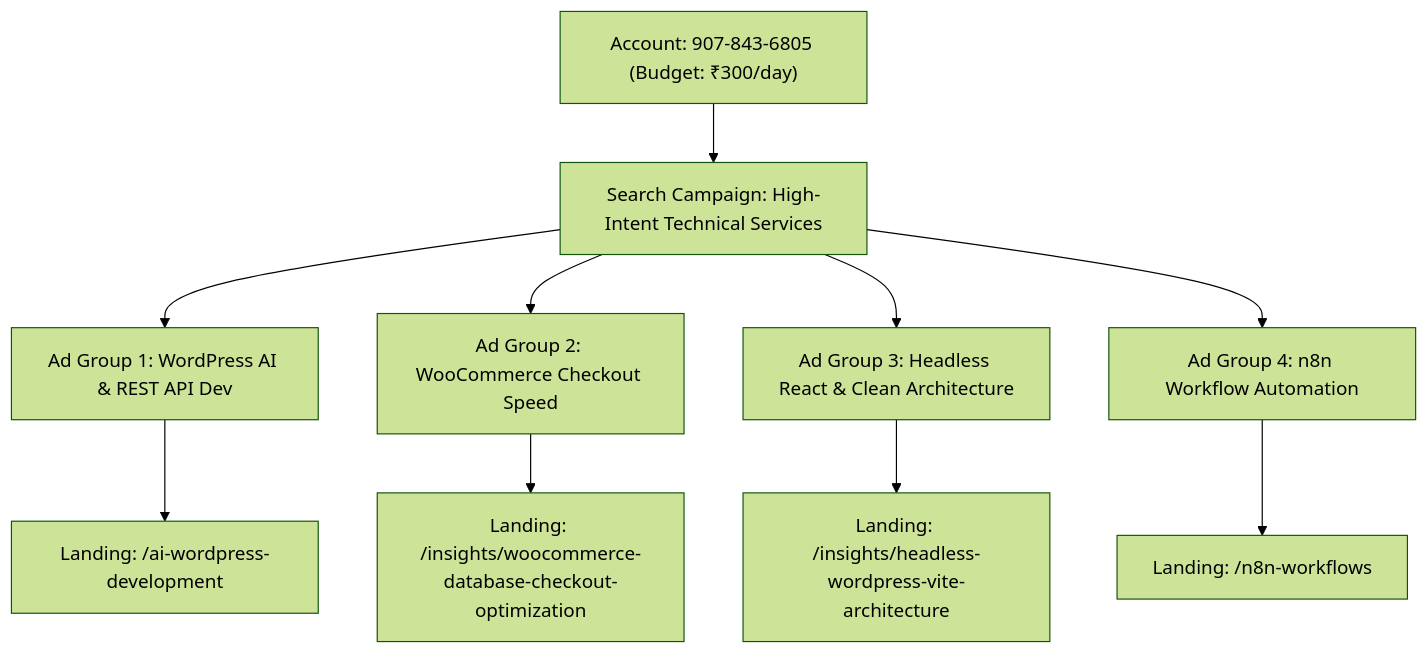
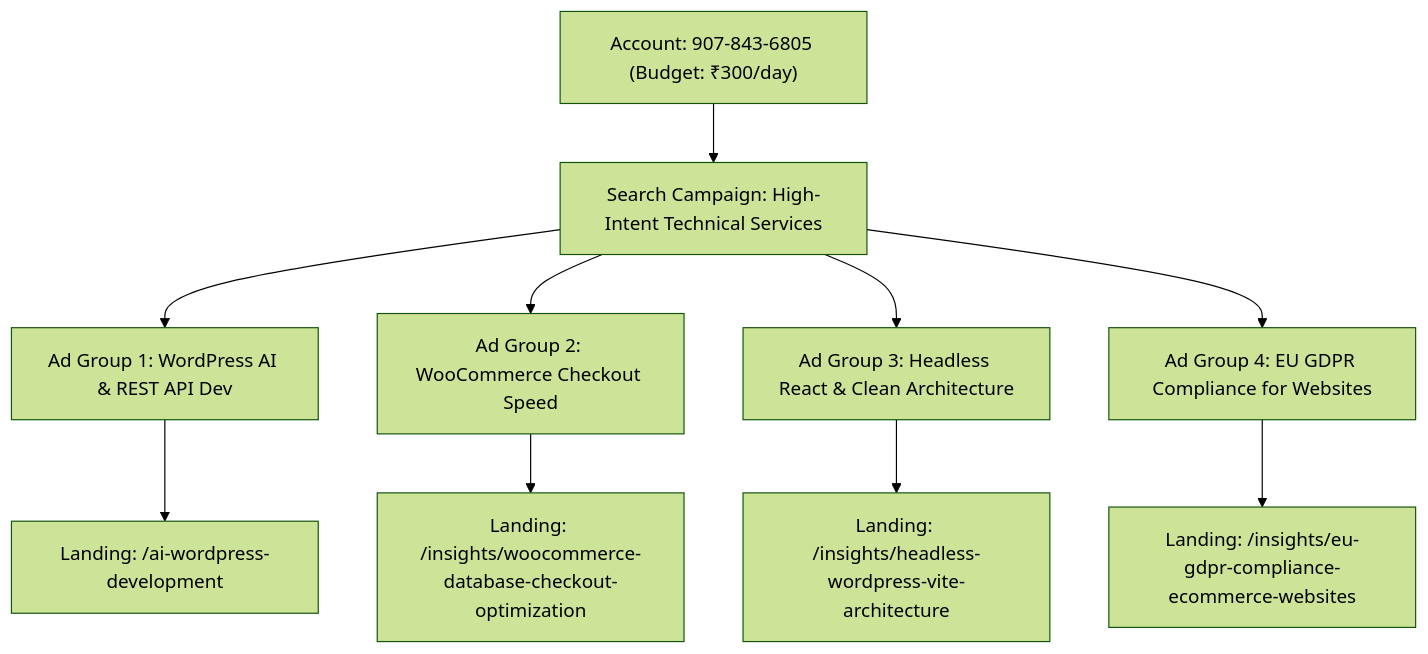
One commit to ssr85/ssr85 changed the diagram in docs/ads/account-9078436805-config.md. Above: the diagram before and after it, drawn with Mermaid (forest theme). The commit also changed other lines of this file and 2 other files, not shown here.

Commit message:
docs(ads): update ad group 4 documentation from n8n to EU GDPR compliance

````diff
--- a/docs/ads/account-9078436805-config.md
+++ b/docs/ads/account-9078436805-config.md
@@ -13,14 +13,14 @@
 ```mermaid
 graph TD
     Account["Account: 907-843-6805 (Budget: ₹300/day)"] --> C1[Search Campaign: High-Intent Technical Services]
     
     C1 --> AG1["Ad Group 1: WordPress AI & REST API Dev"]
     C1 --> AG2["Ad Group 2: WooCommerce Checkout Speed"]
     C1 --> AG3["Ad Group 3: Headless React & Clean Architecture"]
-    C1 --> AG4["Ad Group 4: n8n Workflow Automation"]
+    C1 --> AG4["Ad Group 4: EU GDPR Compliance for Websites"]
 
     AG1 --> L1["Landing: /ai-wordpress-development"]
     AG2 --> L2["Landing: /insights/woocommerce-database-checkout-optimization"]
     AG3 --> L3["Landing: /insights/headless-wordpress-vite-architecture"]
-    AG4 --> L4["Landing: /n8n-workflows"]
+    AG4 --> L4["Landing: /insights/eu-gdpr-compliance-ecommerce-websites"]
 ```
````
